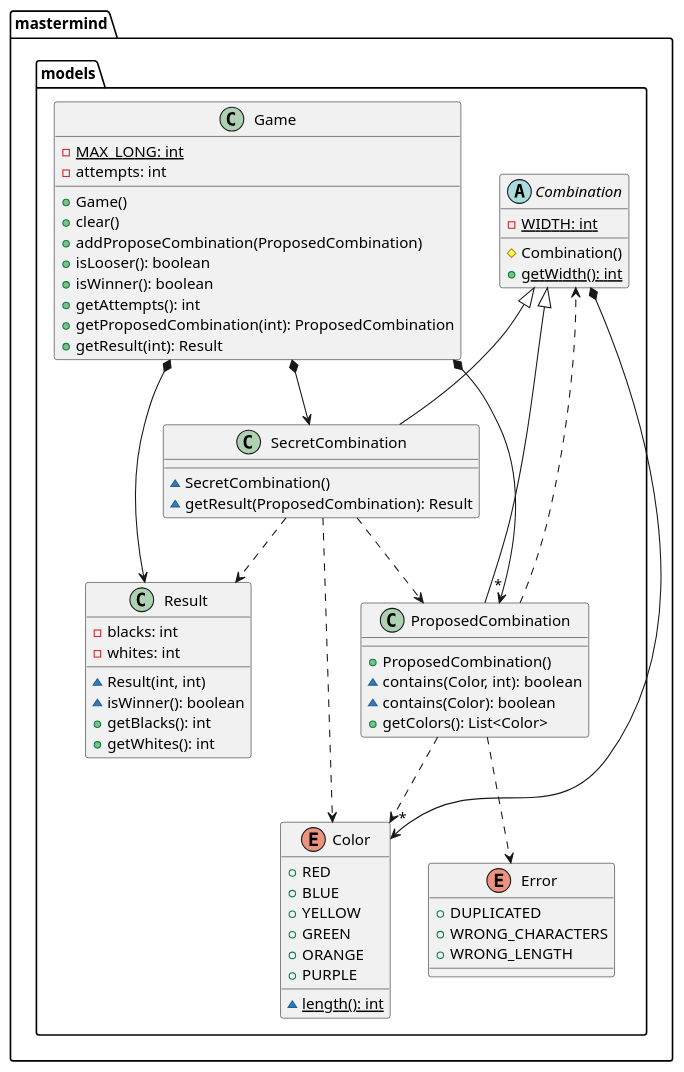
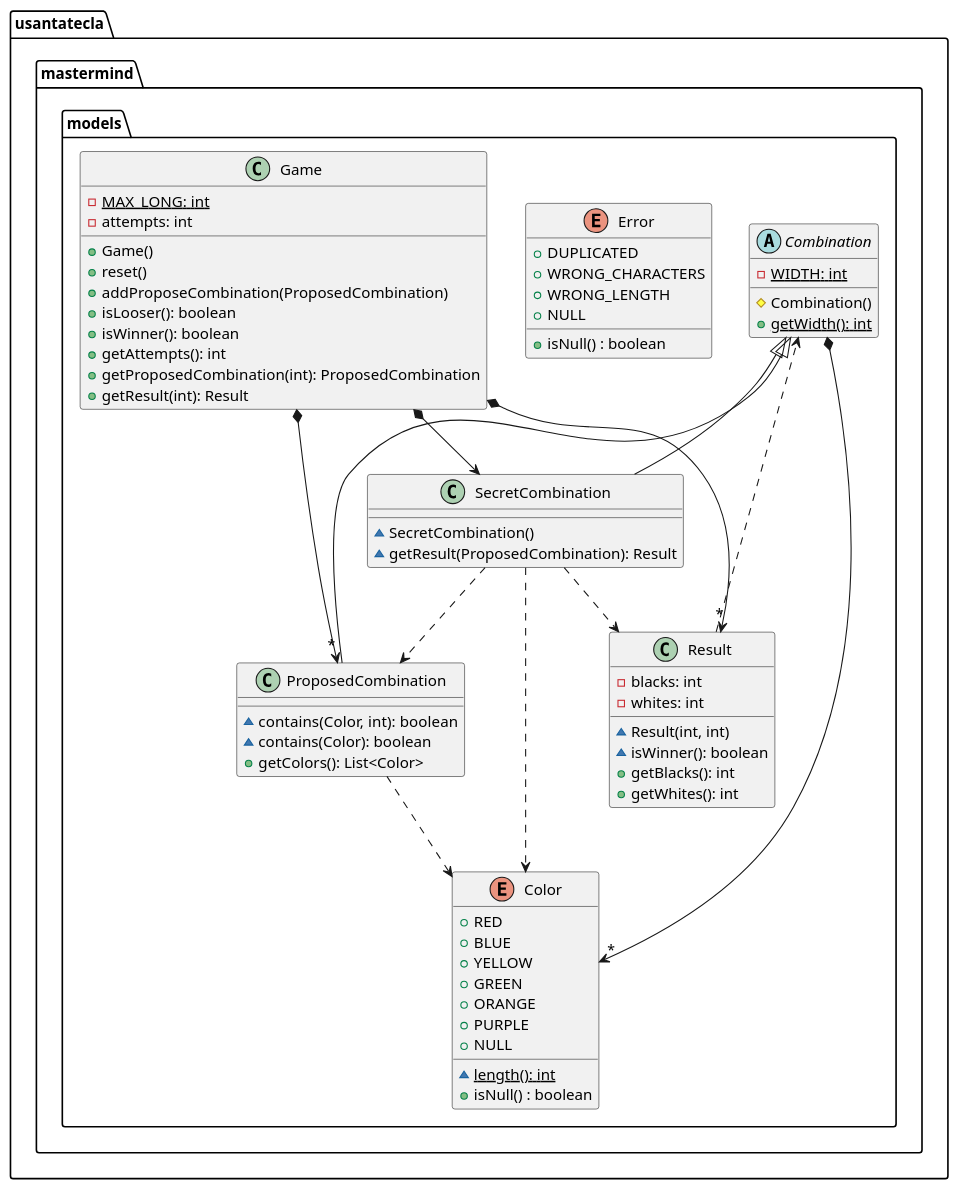
Before and after one commit to SantaTecla-mastermind/solution.java.swing.socket.sql: the third of 4 diagrams in documentView/console/docs/diagrams/src/paquetes.plantuml, drawn with PlantUML. The commit also changed other lines of this file and 13 other files, not shown here.

```diff
--- a/documentView/console/docs/diagrams/src/paquetes.plantuml
+++ b/documentView/console/docs/diagrams/src/paquetes.plantuml
@@ -129,70 +135,72 @@
-@startuml mastermind.models
-enum mastermind.models.Color {
-+ RED
-+ BLUE
-+ YELLOW
-+ GREEN
-+ ORANGE
-+ PURPLE
-~ {static} length(): int
+@startuml usantatecla.mastermind.models
+enum usantatecla.mastermind.models.Color {
+    + RED
+    + BLUE
+    + YELLOW
+    + GREEN
+    + ORANGE
+    + PURPLE
+    + NULL
+    ~ {static} length(): int
+    + isNull() : boolean
 }
 
-abstract class mastermind.models.Combination {
-- {static} WIDTH: int
-# Combination()
-+ {static} getWidth(): int
+abstract class usantatecla.mastermind.models.Combination {
+    - {static} WIDTH: int
+    # Combination()
+    + {static} getWidth(): int
 }
-mastermind.models.Combination *-down-> "*" mastermind.models.Color
+usantatecla.mastermind.models.Combination *-down-> "*" usantatecla.mastermind.models.Color
 
-enum mastermind.models.Error {
-+ DUPLICATED
-+ WRONG_CHARACTERS
-+ WRONG_LENGTH
+enum usantatecla.mastermind.models.Error {
+    + DUPLICATED
+    + WRONG_CHARACTERS
+    + WRONG_LENGTH
+    + NULL
+    + isNull() : boolean
 }
 
-class mastermind.models.Game {
-- {static} MAX_LONG: int
-- attempts: int
-+ Game()
-+ clear()
-+ addProposeCombination(ProposedCombination)
-+ isLooser(): boolean
-+ isWinner(): boolean
-+ getAttempts(): int
-+ getProposedCombination(int): ProposedCombination
-+ getResult(int): Result
+class usantatecla.mastermind.models.Game {
+    - {static} MAX_LONG: int
+    - attempts: int
+    + Game()
+    + reset()
+    + addProposeCombination(ProposedCombination)
+    + isLooser(): boolean
+    + isWinner(): boolean
+    + getAttempts(): int
+    + getProposedCombination(int): ProposedCombination
+    + getResult(int): Result
 }
-mastermind.models.Game *-down-> mastermind.models.SecretCombination
-mastermind.models.Game *-down-> mastermind.models.Result
-mastermind.models.Game *-down-> "*" mastermind.models.ProposedCombination
+usantatecla.mastermind.models.Game *-down-> usantatecla.mastermind.models.SecretCombination
+usantatecla.mastermind.models.Game *-down-> "*" usantatecla.mastermind.models.Result
+usantatecla.mastermind.models.Game *-down-> "*" usantatecla.mastermind.models.ProposedCombination
 
-class mastermind.models.ProposedCombination {
-+ ProposedCombination()
-~ contains(Color, int): boolean
-~ contains(Color): boolean
-+ getColors(): List<Color>
+class usantatecla.mastermind.models.ProposedCombination {
+    ~ contains(Color, int): boolean
+    ~ contains(Color): boolean
+    + getColors(): List<Color>
 }
-mastermind.models.Combination <|-down- mastermind.models.ProposedCombination
-mastermind.models.ProposedCombination ..> mastermind.models.Error
-mastermind.models.ProposedCombination ..> mastermind.models.Color
+usantatecla.mastermind.models.ProposedCombination -up-|> usantatecla.mastermind.models.Combination
+usantatecla.mastermind.models.ProposedCombination ..> usantatecla.mastermind.models.Color
 
-class mastermind.models.Result {
-- blacks: int
-- whites: int
-~ Result(int, int)
-~ isWinner(): boolean
-+ getBlacks(): int
-+ getWhites(): int
+class usantatecla.mastermind.models.Result {
+    - blacks: int
+    - whites: int
+    ~ Result(int, int)
+    ~ isWinner(): boolean
+    + getBlacks(): int
+    + getWhites(): int
 }
 
-mastermind.models.ProposedCombination ..> mastermind.models.Combination
+usantatecla.mastermind.models.Result ..> usantatecla.mastermind.models.Combination
 
-class mastermind.models.SecretCombination {
-~ SecretCombination()
-~ getResult(ProposedCombination): Result
+class usantatecla.mastermind.models.SecretCombination {
+    ~ SecretCombination()
+    ~ getResult(ProposedCombination): Result
 }
-mastermind.models.Combination <|-down- mastermind.models.SecretCombination
-mastermind.models.SecretCombination ..> mastermind.models.Result
-mastermind.models.SecretCombination ..> mastermind.models.ProposedCombination
-mastermind.models.SecretCombination ..> mastermind.models.Color
+usantatecla.mastermind.models.SecretCombination -up-|> usantatecla.mastermind.models.Combination
+usantatecla.mastermind.models.SecretCombination ..> usantatecla.mastermind.models.Result
+usantatecla.mastermind.models.SecretCombination ..> usantatecla.mastermind.models.ProposedCombination
+usantatecla.mastermind.models.SecretCombination ..> usantatecla.mastermind.models.Color
 @enduml
```
